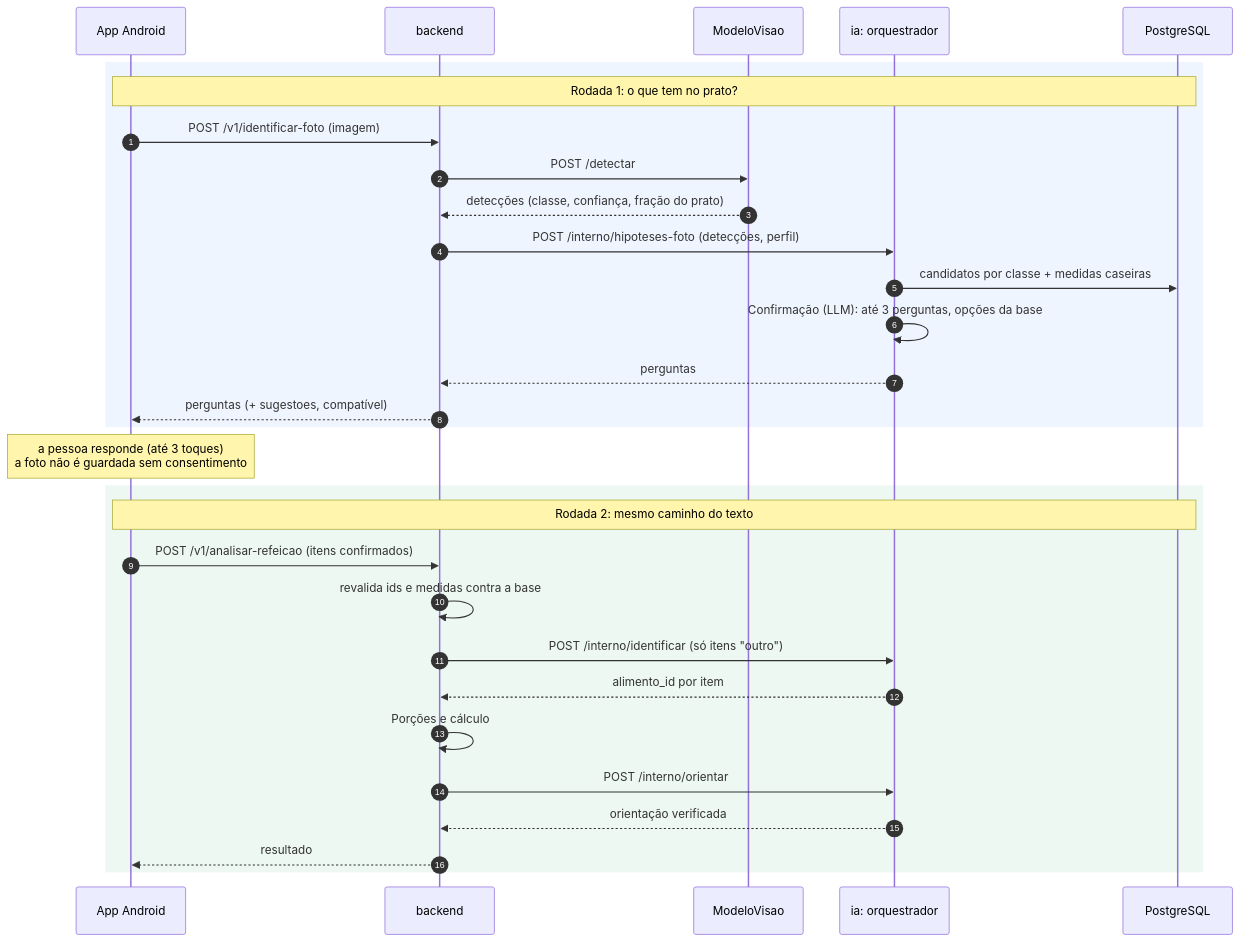
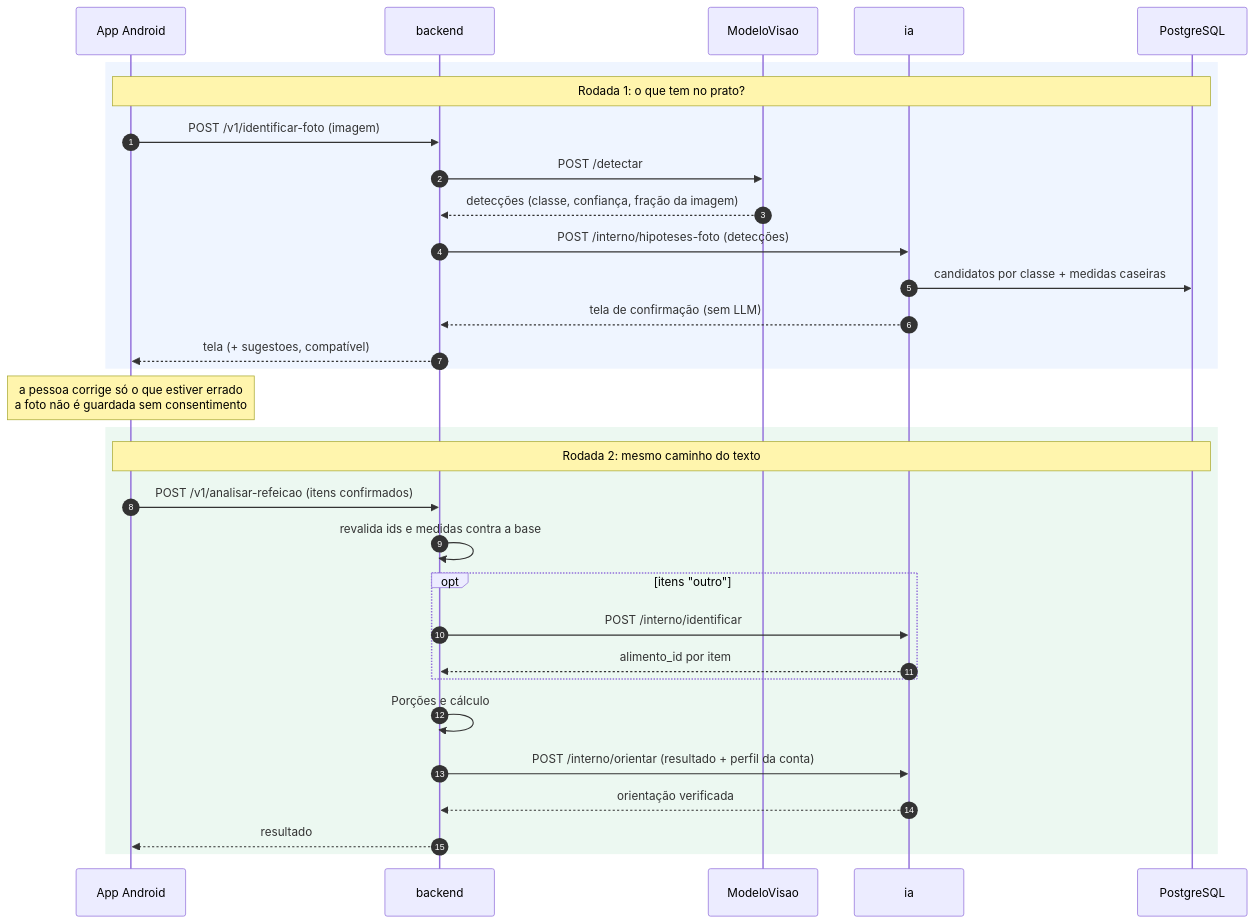
One commit to residencia-ia-Challenge-2/documentacao changed the fourth of 4 diagrams in docs/architecture/multiagentes.md. Above: the diagram before and after it, drawn with Mermaid. The commit also changed other lines of this file and 5 other files, not shown here.

````diff
--- a/docs/architecture/multiagentes.md
+++ b/docs/architecture/multiagentes.md
@@ -208,35 +213,36 @@
 ```mermaid
 sequenceDiagram
     autonumber
     participant App as App Android
     participant BE as backend
     participant VIS as ModeloVisao
-    participant ORQ as ia: orquestrador
+    participant IA as ia
     participant DB as PostgreSQL
 
     rect rgba(59, 130, 246, 0.08)
     Note over App,DB: Rodada 1: o que tem no prato?
     App->>BE: POST /v1/identificar-foto (imagem)
     BE->>VIS: POST /detectar
-    VIS-->>BE: detecções (classe, confiança, fração do prato)
-    BE->>ORQ: POST /interno/hipoteses-foto (detecções, perfil)
-    ORQ->>DB: candidatos por classe + medidas caseiras
-    ORQ->>ORQ: Confirmação (LLM): até 3 perguntas, opções da base
-    ORQ-->>BE: perguntas
-    BE-->>App: perguntas (+ sugestoes, compatível)
+    VIS-->>BE: detecções (classe, confiança, fração da imagem)
+    BE->>IA: POST /interno/hipoteses-foto (detecções)
+    IA->>DB: candidatos por classe + medidas caseiras
+    IA-->>BE: tela de confirmação (sem LLM)
+    BE-->>App: tela (+ sugestoes, compatível)
     end
 
-    Note over App: a pessoa responde (até 3 toques)<br/>a foto não é guardada sem consentimento
+    Note over App: a pessoa corrige só o que estiver errado<br/>a foto não é guardada sem consentimento
 
     rect rgba(22, 163, 74, 0.08)
     Note over App,DB: Rodada 2: mesmo caminho do texto
     App->>BE: POST /v1/analisar-refeicao (itens confirmados)
     BE->>BE: revalida ids e medidas contra a base
-    BE->>ORQ: POST /interno/identificar (só itens "outro")
-    ORQ-->>BE: alimento_id por item
+    opt itens "outro"
+        BE->>IA: POST /interno/identificar
+        IA-->>BE: alimento_id por item
+    end
     BE->>BE: Porções e cálculo
-    BE->>ORQ: POST /interno/orientar
-    ORQ-->>BE: orientação verificada
+    BE->>IA: POST /interno/orientar (resultado + perfil da conta)
+    IA-->>BE: orientação verificada
     BE-->>App: resultado
     end
 ```
````
